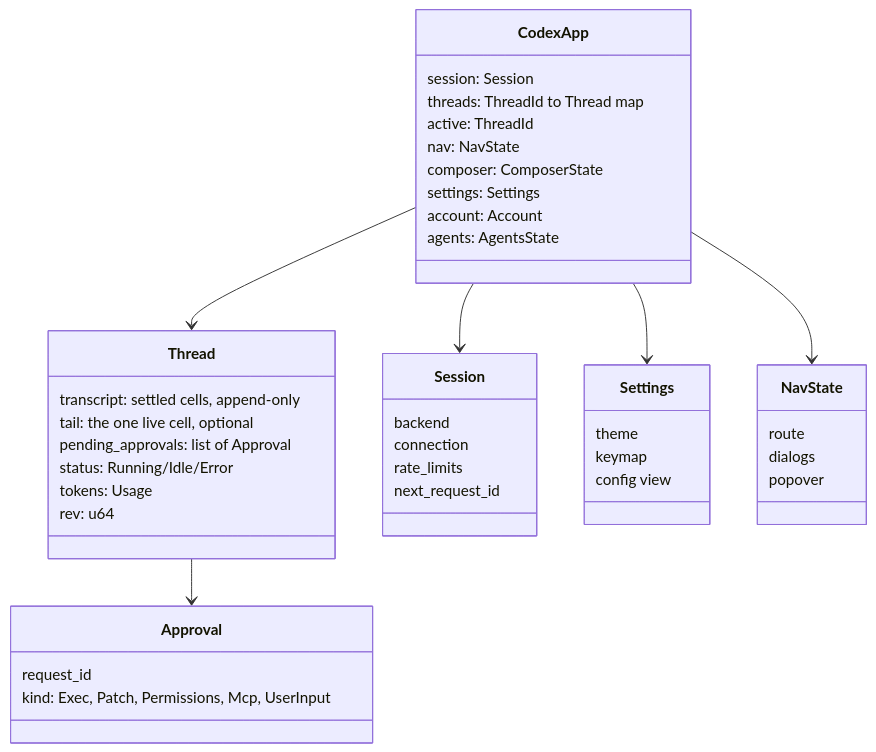
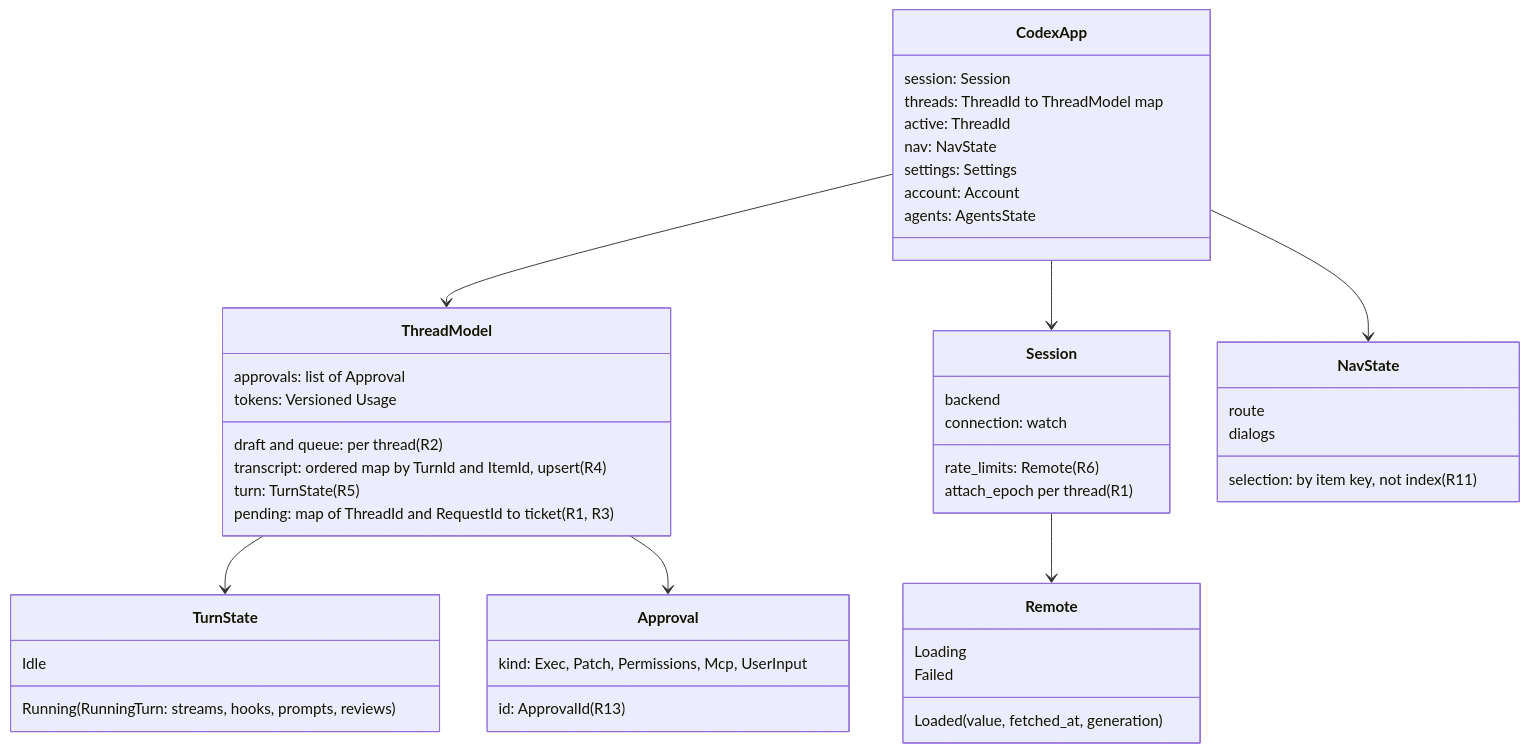
One commit to Maryarty/CodexCLI changed the sixth of 11 diagrams in docs/rtwk-port/design.md. Above: the diagram before and after it, drawn with Mermaid. The commit also changed other lines of this file and 2 other files, not shown here.

Commit message:
design-adr003: design updated for accepted ADR-003 — thread-scoped apply, tickets, intents as values, R1-R14 in diagrams 4-6, new 6b bug classes removed by construction

````diff
--- a/docs/rtwk-port/design.md
+++ b/docs/rtwk-port/design.md
@@ -149,46 +150,50 @@
 ```mermaid
 classDiagram
   class CodexApp {
     session: Session
-    threads: ThreadId to Thread map
+    threads: ThreadId to ThreadModel map
     active: ThreadId
     nav: NavState
-    composer: ComposerState
     settings: Settings
     account: Account
     agents: AgentsState
   }
-  class Thread {
-    transcript: settled cells, append-only
-    tail: the one live cell, optional
-    pending_approvals: list of Approval
-    status: Running/Idle/Error
-    tokens: Usage
-    rev: u64
+  class ThreadModel {
+    draft and queue: per thread (R2)
+    transcript: ordered map by TurnId and ItemId, upsert (R4)
+    turn: TurnState (R5)
+    pending: map of ThreadId and RequestId to ticket (R1, R3)
+    approvals: list of Approval
+    tokens: Versioned Usage
+  }
+  class TurnState {
+    Idle
+    Running(RunningTurn: streams, hooks, prompts, reviews)
+  }
+  class Remote {
+    Loading
+    Loaded(value, fetched_at, generation)
+    Failed
   }
   class Approval {
-    request_id
+    id: ApprovalId (R13)
     kind: Exec, Patch, Permissions, Mcp, UserInput
   }
   class Session {
     backend
-    connection
-    rate_limits
-    next_request_id
-  }
-  class Settings {
-    theme
-    keymap
-    config view
+    connection: watch
+    rate_limits: Remote (R6)
+    attach_epoch per thread (R1)
   }
   class NavState {
     route
     dialogs
-    popover
+    selection: by item key, not index (R11)
   }
-  CodexApp --> Thread
-  Thread --> Approval
+  CodexApp --> ThreadModel
+  ThreadModel --> TurnState
+  ThreadModel --> Approval
   CodexApp --> Session
-  CodexApp --> Settings
+  Session --> Remote
   CodexApp --> NavState
 ```
````
